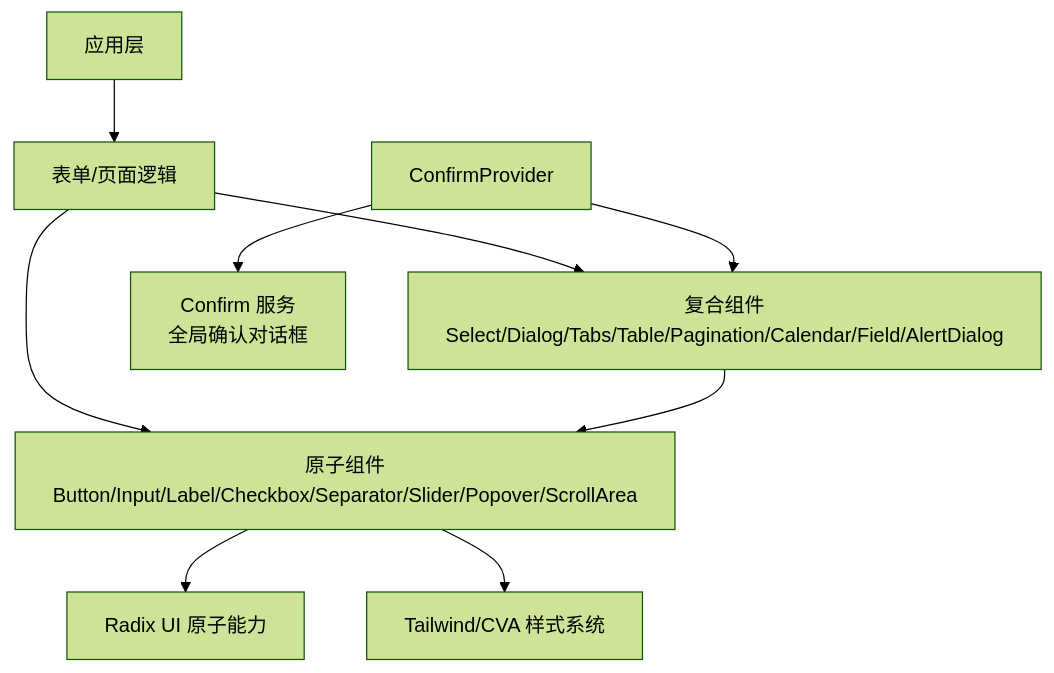
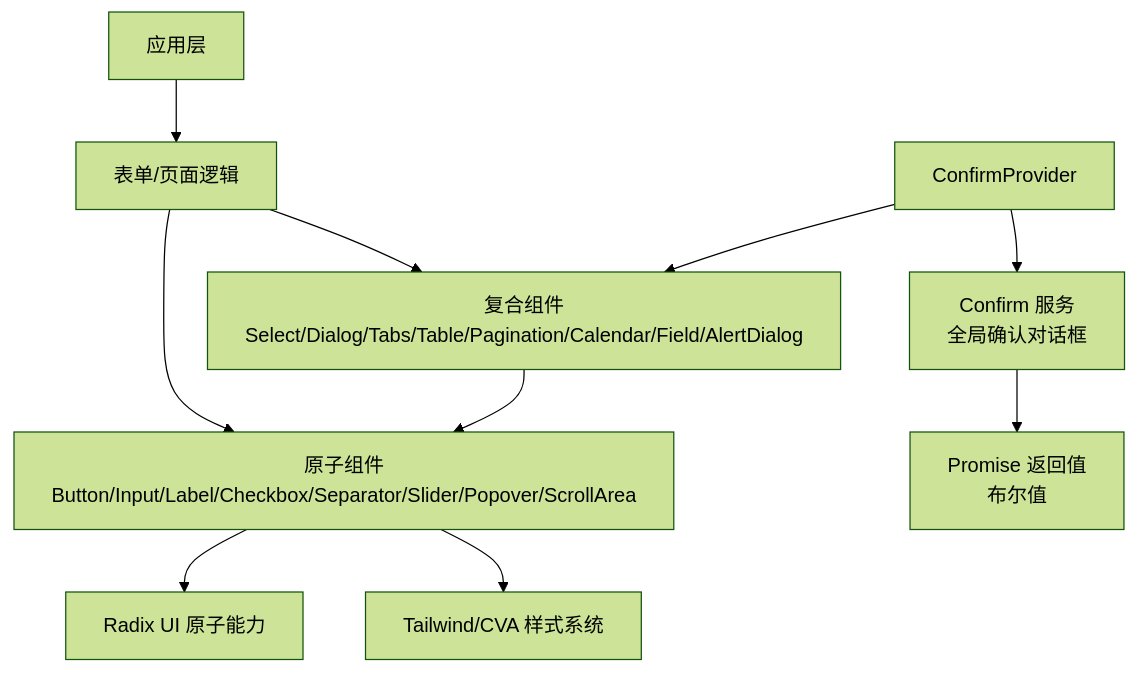
Before and after one commit to RadiumAg/AIGate: the second of 3 diagrams in .qoder/repowiki/zh/content/前端组件/UI 组件库.md, drawn with Mermaid (forest theme). The commit also changed other lines of this file and 6 other files, not shown here.

````diff
--- a/.qoder/repowiki/zh/content/前端组件/UI 组件库.md
+++ b/.qoder/repowiki/zh/content/前端组件/UI 组件库.md
@@ -186,11 +191,12 @@
 ```mermaid
 graph TB
 A["应用层"] --> B["表单/页面逻辑"]
 B --> C["复合组件<br/>Select/Dialog/Tabs/Table/Pagination/Calendar/Field/AlertDialog"]
 B --> D["原子组件<br/>Button/Input/Label/Checkbox/Separator/Slider/Popover/ScrollArea"]
 C --> D
 D --> E["Radix UI 原子能力"]
 D --> F["Tailwind/CVA 样式系统"]
 G["ConfirmProvider"] --> C
 G --> H["Confirm 服务<br/>全局确认对话框"]
+H --> I["Promise 返回值<br/>布尔值"]
 ```
````
